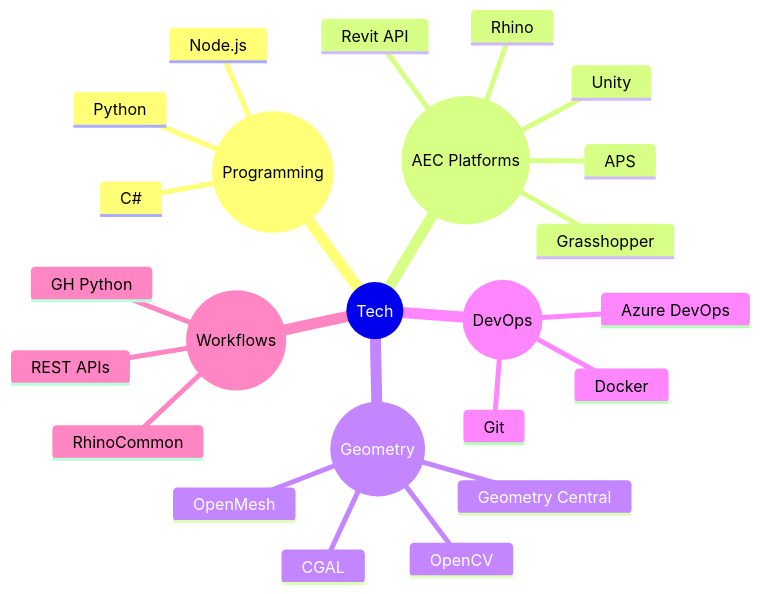
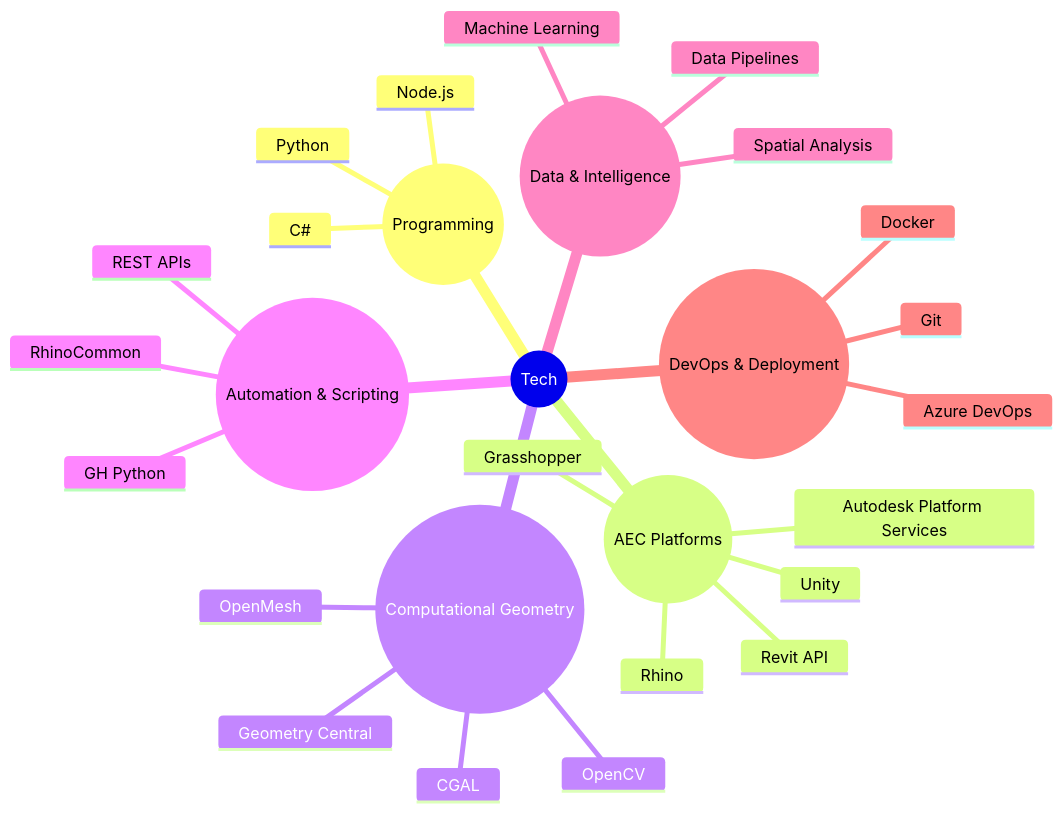
The diagram in README.md (Darkwolf007/Darkwolf007), drawn with Mermaid before and after one commit.

````diff
--- a/README.md
+++ b/README.md
@@ -10,27 +10,37 @@
 ```mermaid
 mindmap
   root((Tech))
+
     ((Programming))
       C#
       Python
       Node.js
+
     ((AEC Platforms))
       Grasshopper
       Rhino
       Revit API
-      APS
+      Autodesk Platform Services
       Unity
-    ((Geometry))
+
+    ((Computational Geometry))
       CGAL
       OpenMesh
       Geometry Central
       OpenCV
-    ((DevOps))
+
+    ((Automation & Scripting))
+      RhinoCommon
+      GH Python
+      REST APIs
+
+    ((Data & Intelligence))
+      Spatial Analysis
+      Machine Learning
+      Data Pipelines
+
+    ((DevOps & Deployment))
       Git
       Docker
       Azure DevOps
-    ((Workflows))
-      RhinoCommon
-      GH Python
-      REST APIs
 ```
````
